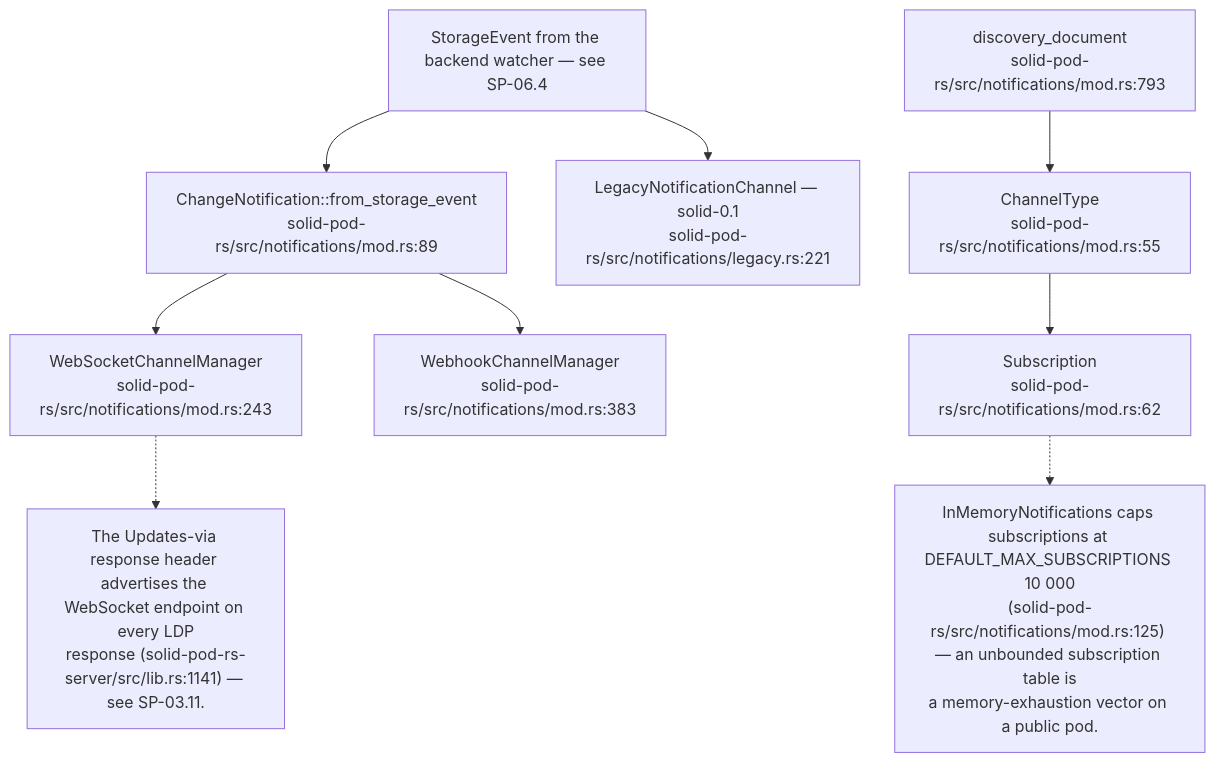
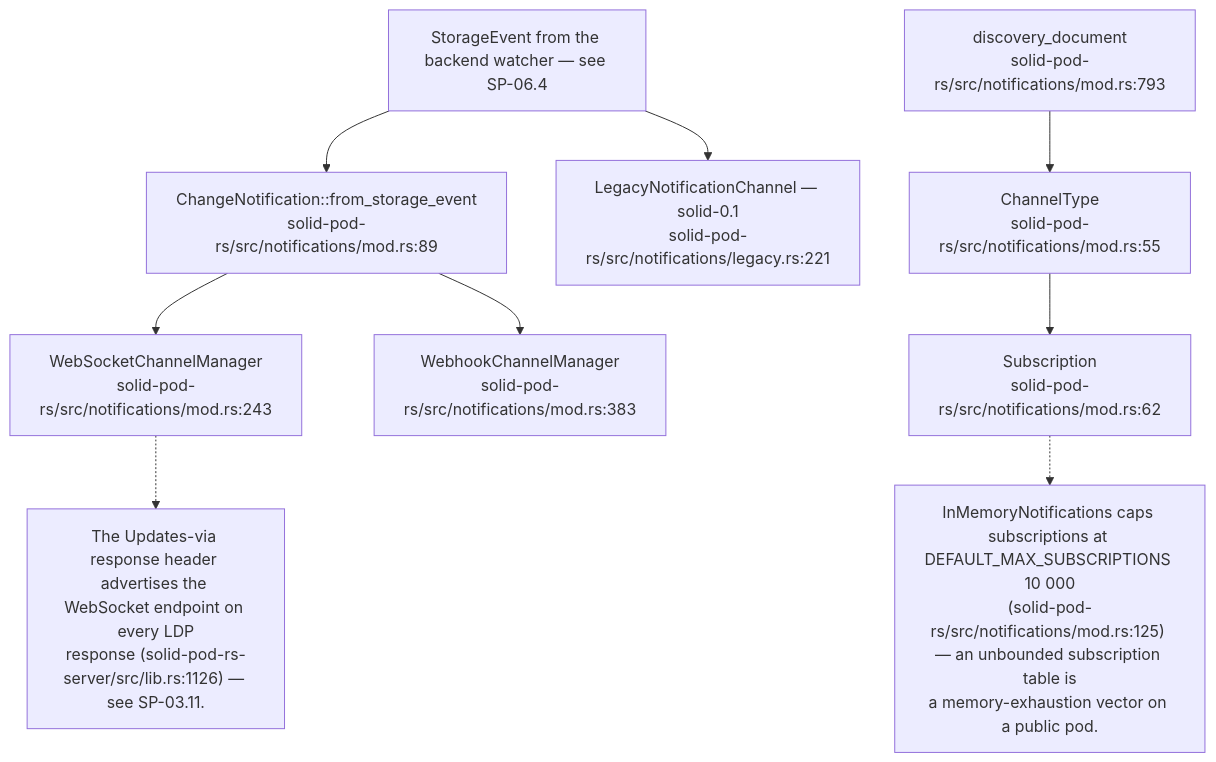
Before and after one commit to DreamLab-AI/VisionFlow: the first of 16 diagrams in docs/diagrams/solid-pod-rs/08-federation-notifications-forge-mcp.md, drawn with Mermaid. The commit also changed other lines of this file and 111 other files, not shown here.

Commit message:
docs(diagrams): align estate maps with current source

````diff
--- a/docs/diagrams/solid-pod-rs/08-federation-notifications-forge-mcp.md
+++ b/docs/diagrams/solid-pod-rs/08-federation-notifications-forge-mcp.md
@@ -46,22 +46,22 @@
 ```mermaid
 flowchart TD
     SE["StorageEvent from the backend watcher — see SP-06.4"]
     CN["ChangeNotification::from_storage_event<br/>solid-pod-rs/src/notifications/mod.rs:89"]
     WS["WebSocketChannelManager<br/>solid-pod-rs/src/notifications/mod.rs:243"]
     WH["WebhookChannelManager<br/>solid-pod-rs/src/notifications/mod.rs:383"]
     LEG["LegacyNotificationChannel — solid-0.1<br/>solid-pod-rs/src/notifications/legacy.rs:221"]
     DISC["discovery_document<br/>solid-pod-rs/src/notifications/mod.rs:793"]
     SUB["Subscription<br/>solid-pod-rs/src/notifications/mod.rs:62"]
     CT["ChannelType<br/>solid-pod-rs/src/notifications/mod.rs:55"]
 
     SE --> CN
     CN --> WS
     CN --> WH
     SE --> LEG
     DISC --> CT --> SUB
 
     N["InMemoryNotifications caps subscriptions at DEFAULT_MAX_SUBSCRIPTIONS 10 000<br/>(solid-pod-rs/src/notifications/mod.rs:125) — an unbounded subscription table is<br/>a memory-exhaustion vector on a public pod."]
     SUB -.-> N
-    N2["The Updates-via response header advertises the WebSocket endpoint on every LDP<br/>response (solid-pod-rs-server/src/lib.rs:1141) — see SP-03.11."]
+    N2["The Updates-via response header advertises the WebSocket endpoint on every LDP<br/>response (solid-pod-rs-server/src/lib.rs:1126) — see SP-03.11."]
     WS -.-> N2
 ```
````
